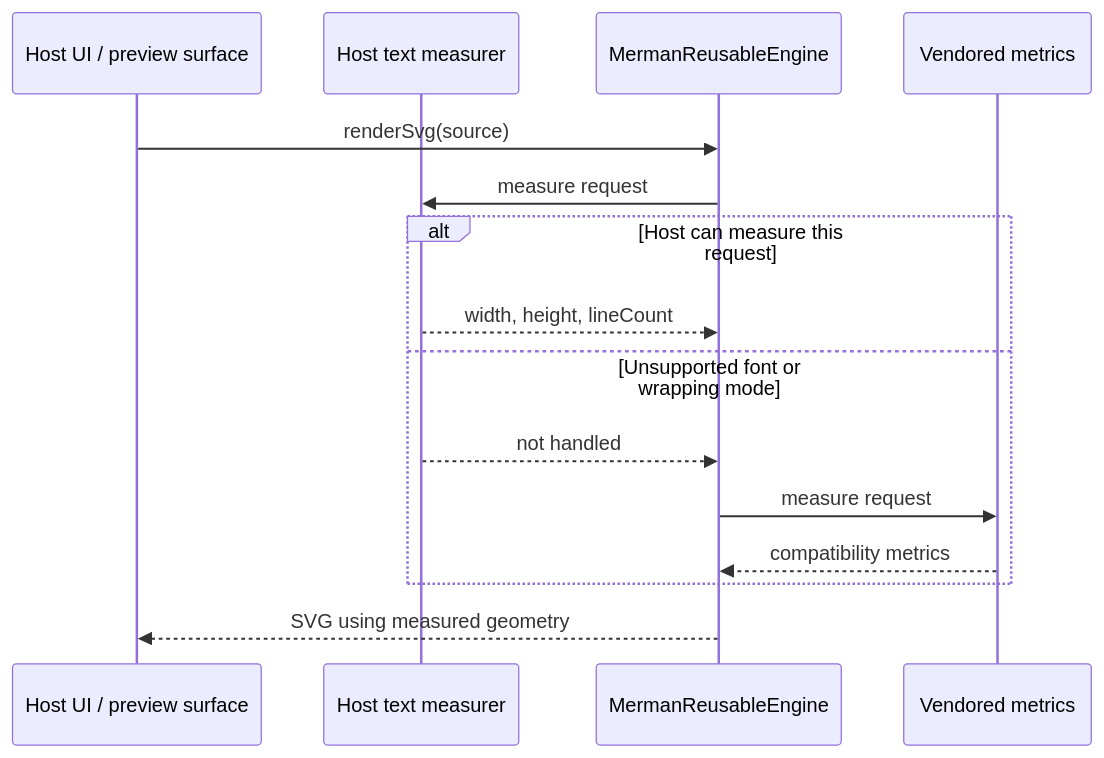
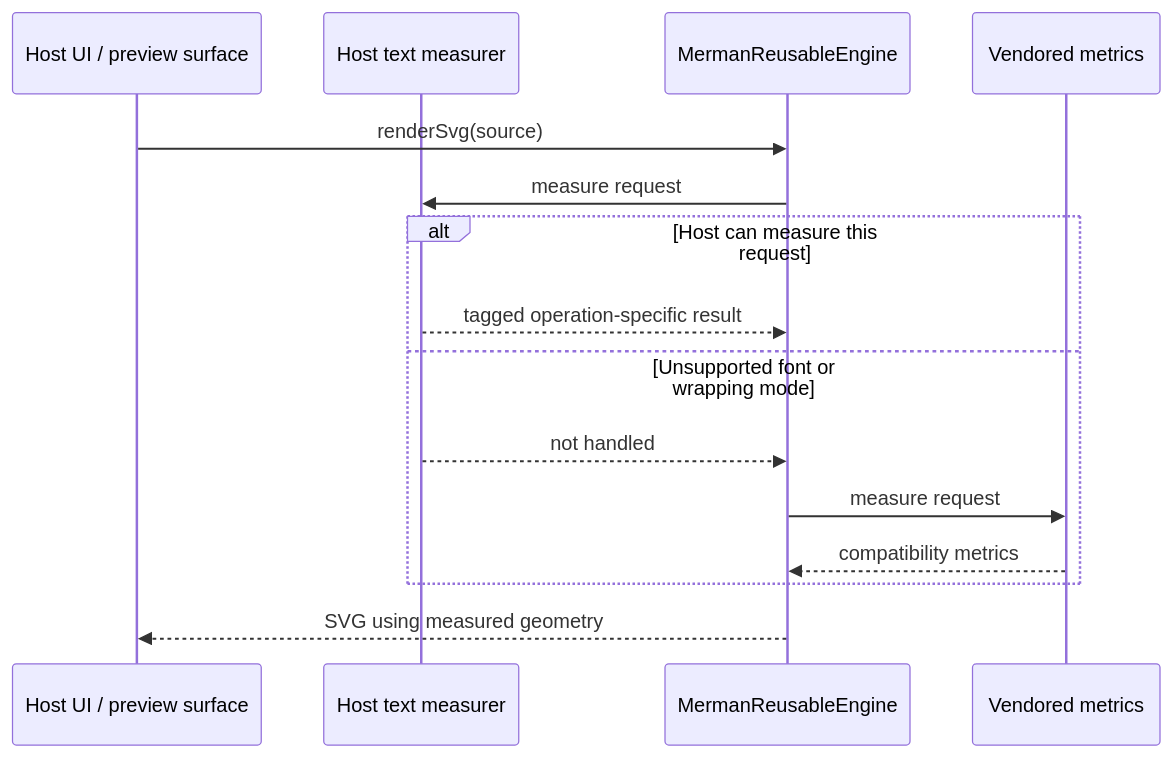
Before and after one commit to Latias94/merman: the diagram in docs/bindings/HOST_TEXT_MEASUREMENT.md, drawn with Mermaid. The commit also changed other lines of this file and 3370 other files, not shown here.

First line of the commit message:
refactor(architecture): make diagram families own canonical semantics

````diff
--- a/docs/bindings/HOST_TEXT_MEASUREMENT.md
+++ b/docs/bindings/HOST_TEXT_MEASUREMENT.md
@@ -32,18 +32,18 @@
 ```mermaid
 sequenceDiagram
     participant Host as Host UI / preview surface
     participant Adapter as Host text measurer
     participant Engine as MermanReusableEngine
     participant Fallback as Vendored metrics
 
     Host->>Engine: renderSvg(source)
     Engine->>Adapter: measure request
     alt Host can measure this request
-        Adapter-->>Engine: width, height, lineCount
+        Adapter-->>Engine: tagged operation-specific result
     else Unsupported font or wrapping mode
         Adapter-->>Engine: not handled
         Engine->>Fallback: measure request
         Fallback-->>Engine: compatibility metrics
     end
     Engine-->>Host: SVG using measured geometry
 ```
````
